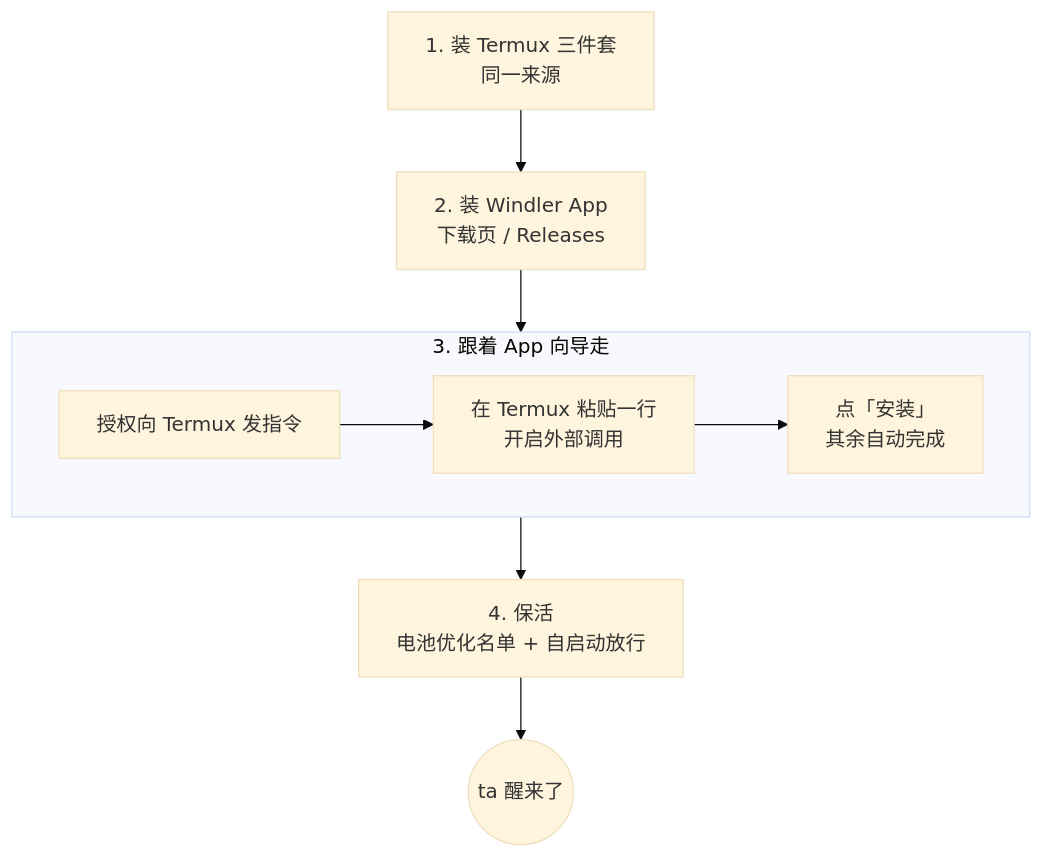
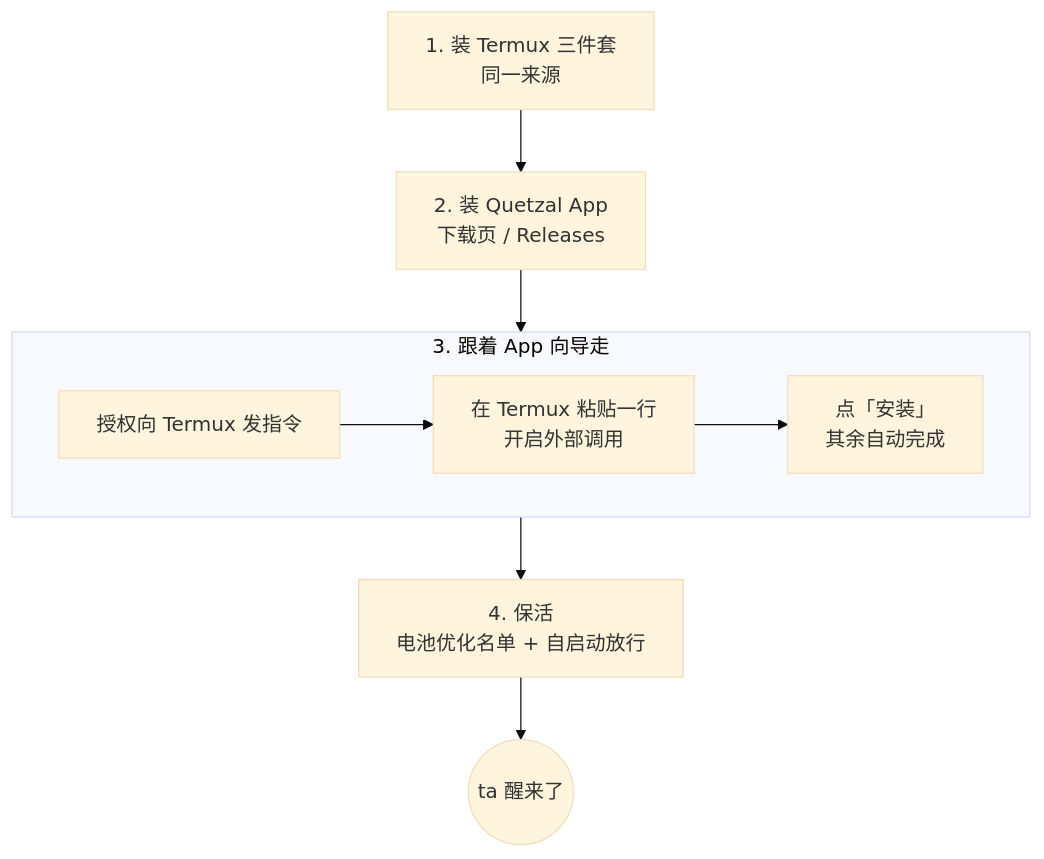
One commit to Causally-XYZ/Project.Quetzal changed the diagram in website/content/docs/zh/start/install.md. Above: the diagram before and after it, drawn with Mermaid (base theme). The commit also changed other lines of this file and 150 other files, not shown here.

First line of the commit message:
更名为 Quetzal：运行基座、控制台、npm 包、官网、文档全部由 Windler 改名

````diff
--- a/website/content/docs/zh/start/install.md
+++ b/website/content/docs/zh/start/install.md
@@ -10,9 +10,9 @@
 ```mermaid
 flowchart TB
-  A["1. 装 Termux 三件套<br/>同一来源"] --> B["2. 装 Windler App<br/>下载页 / Releases"] --> C
+  A["1. 装 Termux 三件套<br/>同一来源"] --> B["2. 装 Quetzal App<br/>下载页 / Releases"] --> C
   subgraph C["3. 跟着 App 向导走"]
     direction LR
     C1["授权向 Termux 发指令"] --> C2["在 Termux 粘贴一行<br/>开启外部调用"] --> C3["点「安装」<br/>其余自动完成"]
   end
   C --> D["4. 保活<br/>电池优化名单 + 自启动放行"] --> E(("ta 醒来了"))
 ```
````
